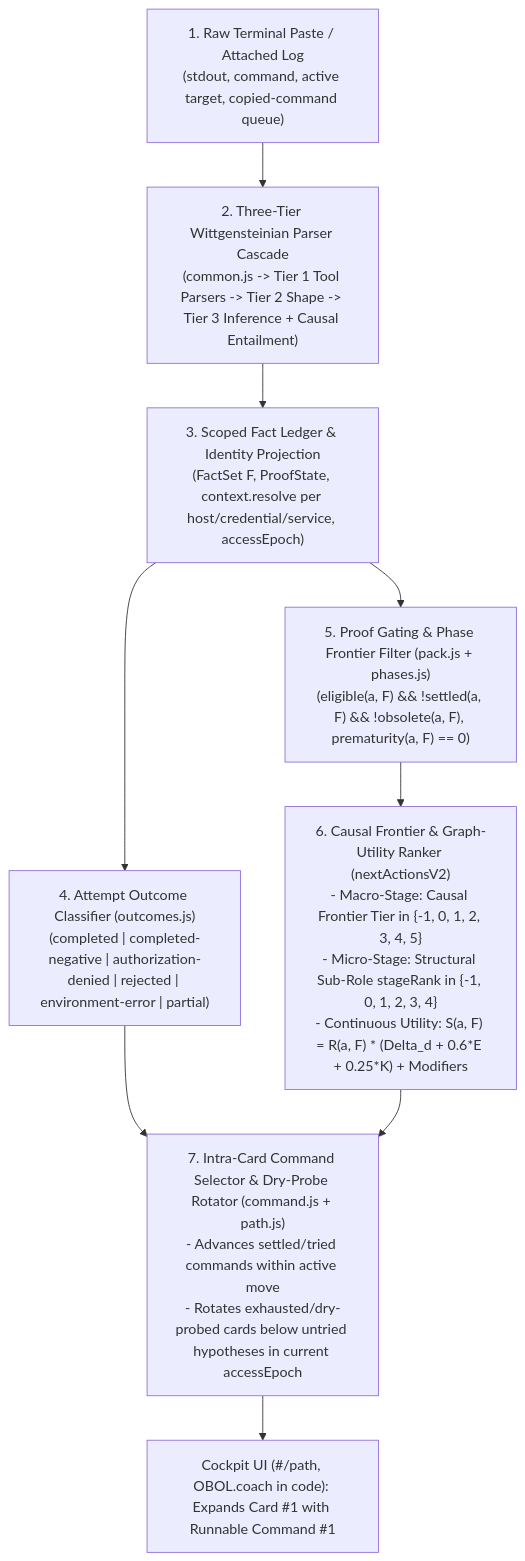
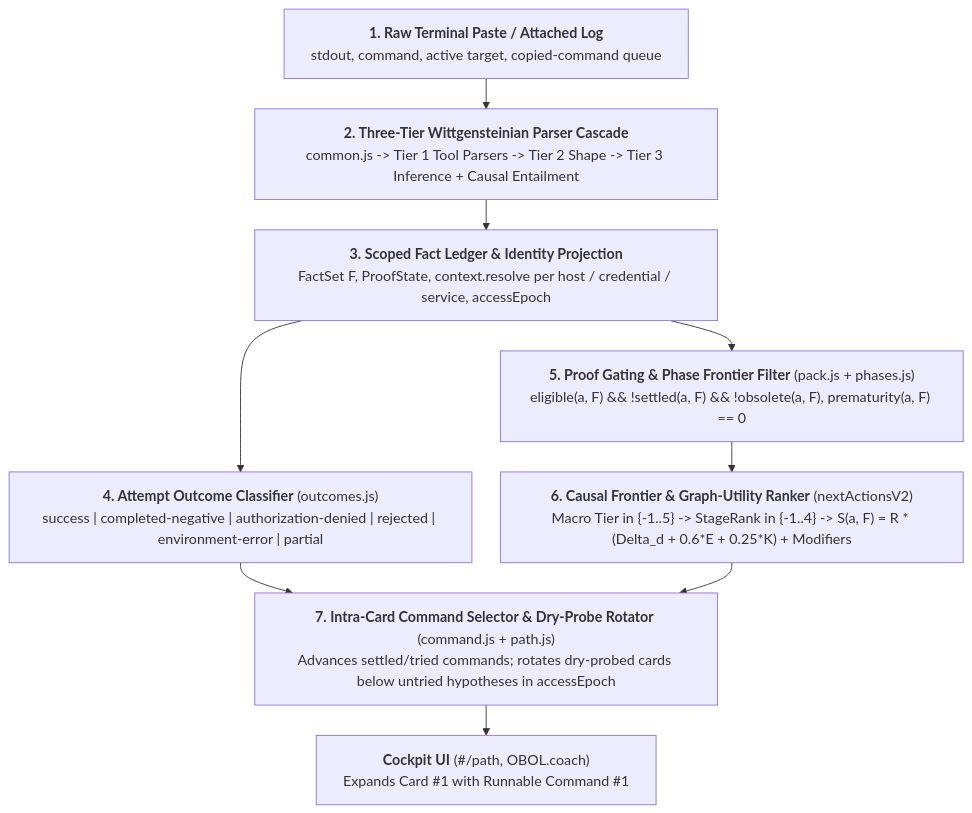
The diagram in RANKING.md (platocres/obol), drawn with Mermaid before and after one commit. The commit also changed other lines of this file and 2 other files, not shown here.

Commit message:
Fix GitHub math, Mermaid, and Markdown rendering across docs

````diff
--- a/RANKING.md
+++ b/RANKING.md
@@ -14,11 +14,12 @@
 ```mermaid
+%%{init: {'flowchart': {'wrappingWidth': 460, 'nodeSpacing': 32, 'rankSpacing': 34}}}%%
 flowchart TD
-    Raw["1. Raw Terminal Paste / Attached Log\n(stdout, command, active target, copied-command queue)"] --> Ingest["2. Three-Tier Wittgensteinian Parser Cascade\n(common.js -> Tier 1 Tool Parsers -> Tier 2 Shape -> Tier 3 Inference + Causal Entailment)"]
-    Ingest --> Ledger["3. Scoped Fact Ledger & Identity Projection\n(FactSet F, ProofState, context.resolve per host/credential/service, accessEpoch)"]
-    Ledger --> Outcome["4. Attempt Outcome Classifier (outcomes.js)\n(completed | completed-negative | authorization-denied | rejected | environment-error | partial)"]
-    Ledger --> Gates["5. Proof Gating & Phase Frontier Filter (pack.js + phases.js)\n(eligible(a, F) && !settled(a, F) && !obsolete(a, F), prematurity(a, F) == 0)"]
-    Gates --> Ranker["6. Causal Frontier & Graph-Utility Ranker (nextActionsV2)\n- Macro-Stage: Causal Frontier Tier in {-1, 0, 1, 2, 3, 4, 5}\n- Micro-Stage: Structural Sub-Role stageRank in {-1, 0, 1, 2, 3, 4}\n- Continuous Utility: S(a, F) = R(a, F) * (Delta_d + 0.6*E + 0.25*K) + Modifiers"]
-    Outcome --> DryLoop["7. Intra-Card Command Selector & Dry-Probe Rotator (command.js + path.js)\n- Advances settled/tried commands within active move\n- Rotates exhausted/dry-probed cards below untried hypotheses in current accessEpoch"]
+    Raw["<b>1. Raw Terminal Paste / Attached Log</b><br/>stdout, command, active target, copied-command queue"] --> Ingest["<b>2. Three-Tier Wittgensteinian Parser Cascade</b><br/>common.js -> Tier 1 Tool Parsers -> Tier 2 Shape -> Tier 3 Inference + Causal Entailment"]
+    Ingest --> Ledger["<b>3. Scoped Fact Ledger & Identity Projection</b><br/>FactSet F, ProofState, context.resolve per host / credential / service, accessEpoch"]
+    Ledger --> Outcome["<b>4. Attempt Outcome Classifier</b> (outcomes.js)<br/>success | completed-negative | authorization-denied | rejected | environment-error | partial"]
+    Ledger --> Gates["<b>5. Proof Gating & Phase Frontier Filter</b> (pack.js + phases.js)<br/>eligible(a, F) && !settled(a, F) && !obsolete(a, F), prematurity(a, F) == 0"]
+    Gates --> Ranker["<b>6. Causal Frontier & Graph-Utility Ranker</b> (nextActionsV2)<br/>Macro Tier in {-1..5} -> StageRank in {-1..4} -> S(a, F) = R * (Delta_d + 0.6*E + 0.25*K) + Modifiers"]
+    Outcome --> DryLoop["<b>7. Intra-Card Command Selector & Dry-Probe Rotator</b> (command.js + path.js)<br/>Advances settled/tried commands; rotates dry-probed cards below untried hypotheses in accessEpoch"]
     Ranker --> DryLoop
-    DryLoop --> UI["Cockpit UI (#/path, OBOL.coach in code): Expands Card #1 with Runnable Command #1"]
+    DryLoop --> UI["<b>Cockpit UI</b> (#/path, OBOL.coach)<br/>Expands Card #1 with Runnable Command #1"]
 ```
````
